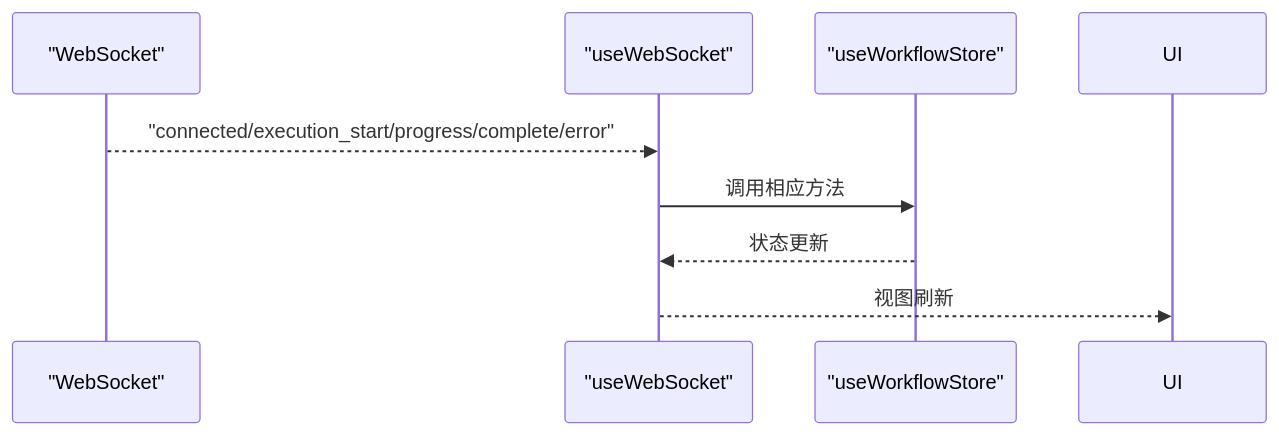
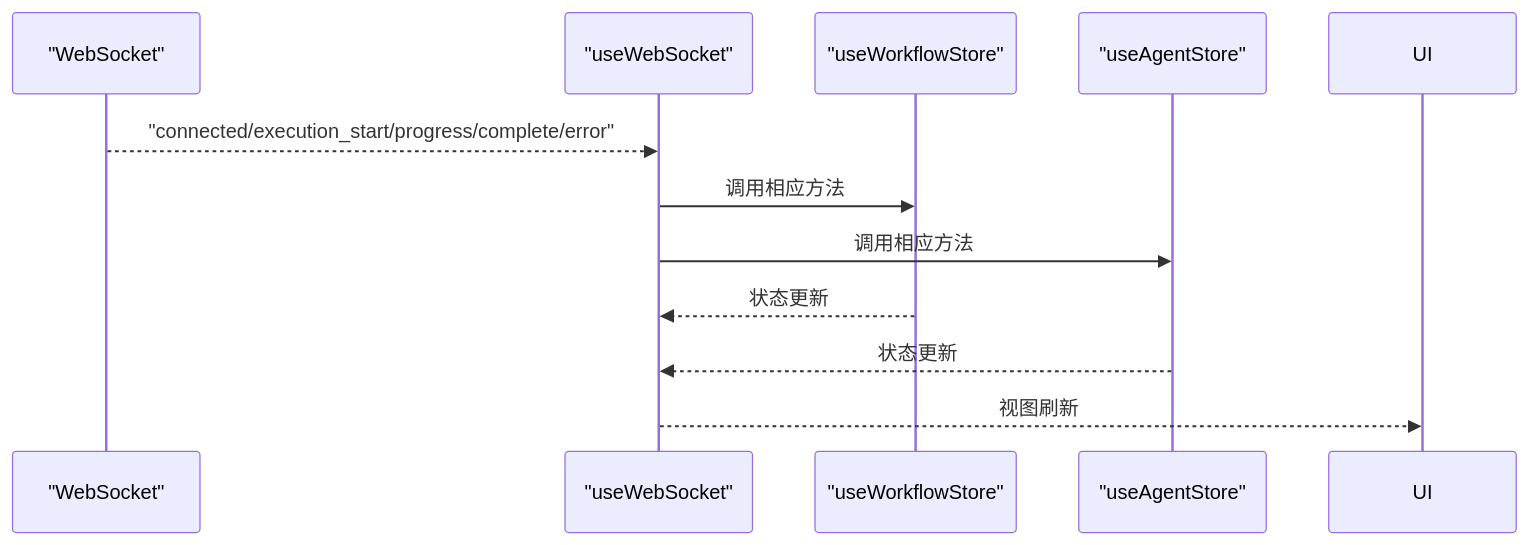
One commit to billye220670/CorineKit_Pix2Real changed the fifth of 8 diagrams in .qoder/repowiki/zh/content/前端应用/状态管理系统/工作流状态管理/工作流状态管理.md. Above: the diagram before and after it, drawn with Mermaid. The commit also changed other lines of this file and 20 other files, not shown here.

````diff
--- a/.qoder/repowiki/zh/content/前端应用/状态管理系统/工作流状态管理/工作流状态管理.md
+++ b/.qoder/repowiki/zh/content/前端应用/状态管理系统/工作流状态管理/工作流状态管理.md
@@ -239,10 +394,13 @@
 ```mermaid
 sequenceDiagram
 participant WS as "WebSocket"
 participant Hook as "useWebSocket"
 participant Store as "useWorkflowStore"
+participant AgentStore as "useAgentStore"
 WS-->>Hook : "connected/execution_start/progress/complete/error"
 Hook->>Store : 调用相应方法
+Hook->>AgentStore : 调用相应方法
 Store-->>Hook : 状态更新
+AgentStore-->>Hook : 状态更新
 Hook-->>UI : 视图刷新
 ```
````
